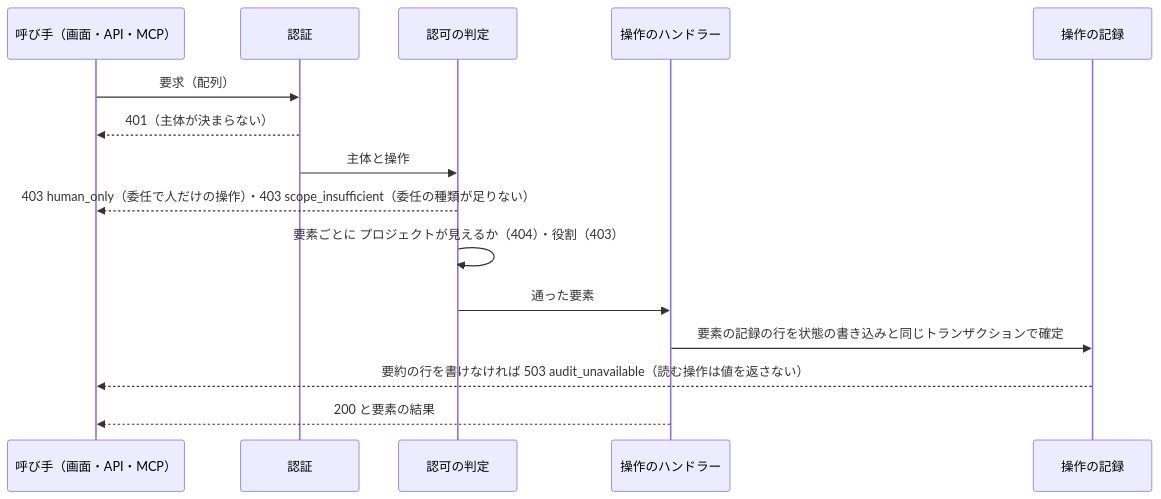
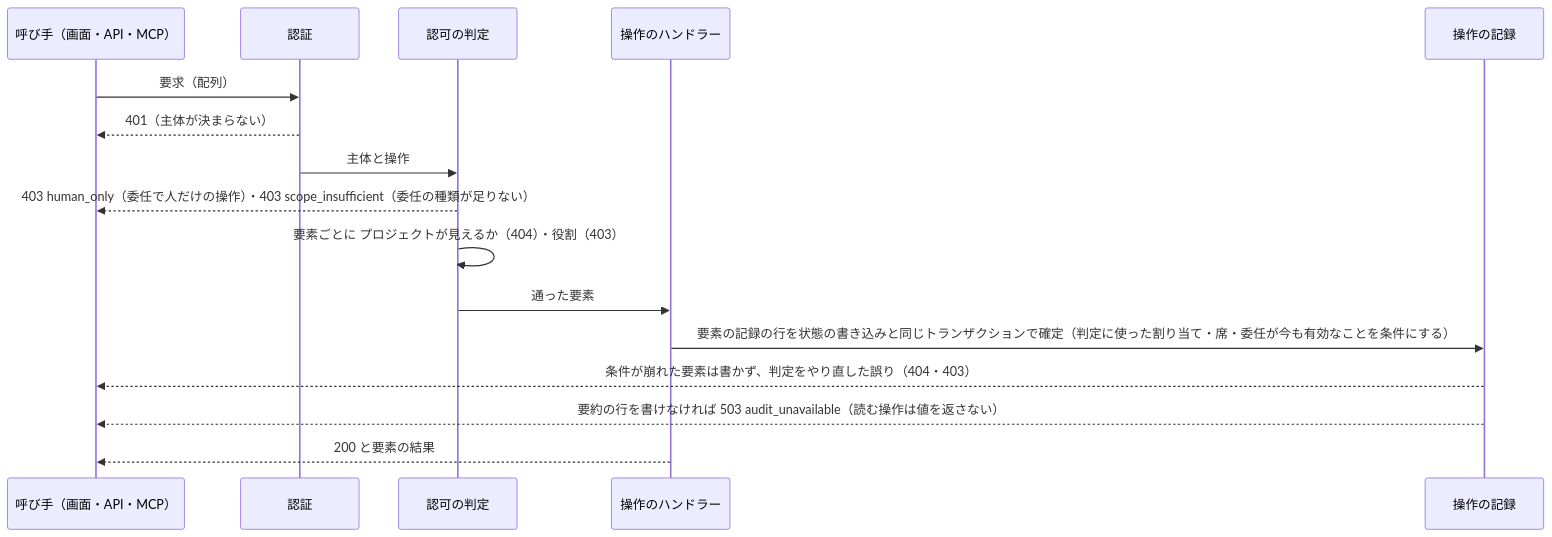
The first of 3 diagrams in docs/design/api.md (devbasex/nd-factory), drawn with Mermaid before and after one commit. The commit also changed other lines of this file, not shown here.

````diff
--- a/docs/design/api.md
+++ b/docs/design/api.md
@@ -367,17 +370,18 @@
 ```mermaid
 sequenceDiagram
     participant C as 呼び手（画面・API・MCP）
     participant A as 認証
     participant Z as 認可の判定
     participant H as 操作のハンドラー
     participant L as 操作の記録
     C->>A: 要求（配列）
     A-->>C: 401（主体が決まらない）
     A->>Z: 主体と操作
     Z-->>C: 403 human_only（委任で人だけの操作）・403 scope_insufficient（委任の種類が足りない）
     Z->>Z: 要素ごとに プロジェクトが見えるか（404）・役割（403）
     Z->>H: 通った要素
-    H->>L: 要素の記録の行を状態の書き込みと同じトランザクションで確定
+    H->>L: 要素の記録の行を状態の書き込みと同じトランザクションで確定（判定に使った割り当て・席・委任が今も有効なことを条件にする）
+    L-->>C: 条件が崩れた要素は書かず、判定をやり直した誤り（404・403）
     L-->>C: 要約の行を書けなければ 503 audit_unavailable（読む操作は値を返さない）
     H-->>C: 200 と要素の結果
 ```
````
